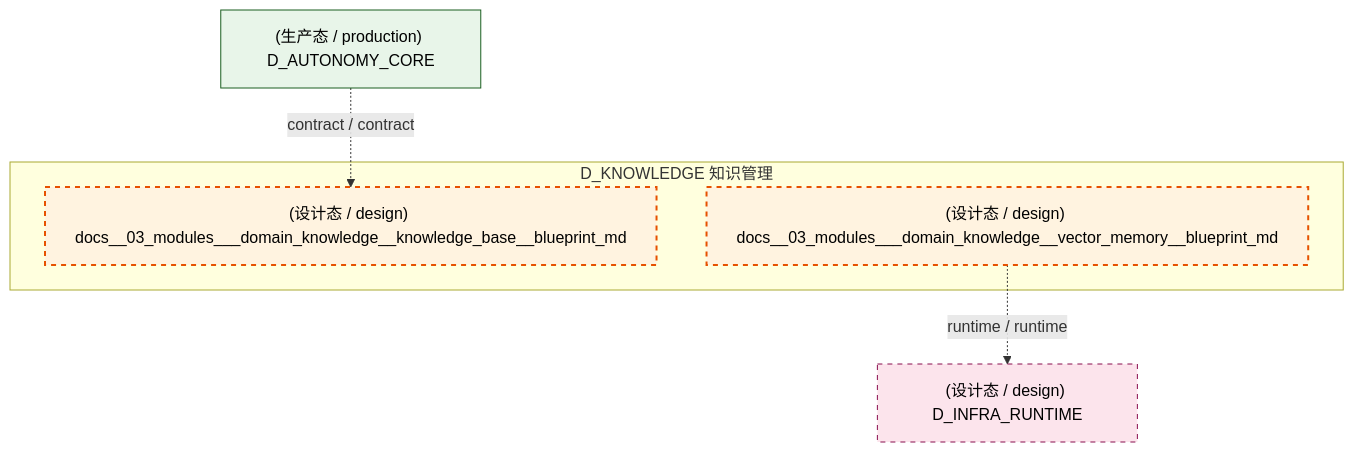
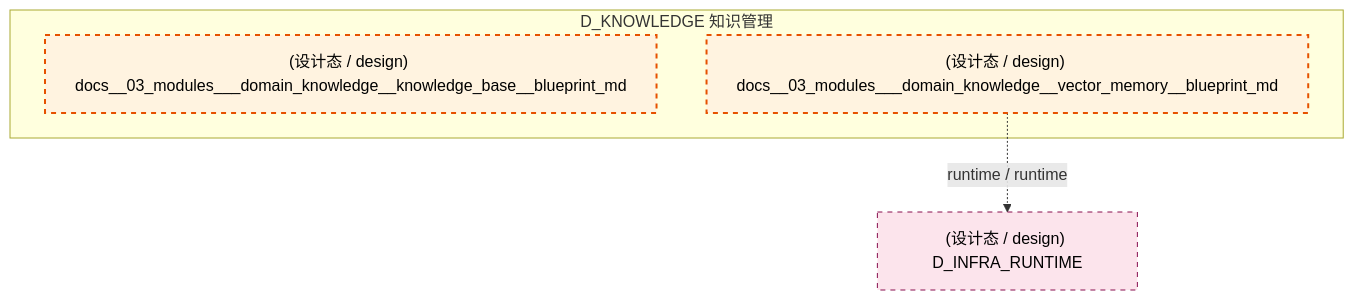
Before and after one commit to xuanFelixVan/ZephyrAlpha: the second of 4 diagrams in docs/02_enterprise_architecture/02_domain_architecture_docs/48_d_knowledge.md, drawn with Mermaid. The commit also changed other lines of this file and 103 other files, not shown here.

````diff
--- a/docs/02_enterprise_architecture/02_domain_architecture_docs/48_d_knowledge.md
+++ b/docs/02_enterprise_architecture/02_domain_architecture_docs/48_d_knowledge.md
@@ -102,18 +99,15 @@
 ```mermaid
 graph TD
     subgraph D_KNOWLEDGE["D_KNOWLEDGE 知识管理"]
         docs_03_modules_domain_knowledge_knowledge_base_blueprint_md["(设计态 / design) docs__03_modules___domain_knowledge__knowledge_base__blueprint_md"]
         docs_03_modules_domain_knowledge_vector_memory_blueprint_md["(设计态 / design) docs__03_modules___domain_knowledge__vector_memory__blueprint_md"]
     end
     D_INFRA_RUNTIME["(设计态 / design) D_INFRA_RUNTIME"]
     docs_03_modules_domain_knowledge_vector_memory_blueprint_md -.->|runtime / runtime| D_INFRA_RUNTIME
-    D_AUTONOMY_CORE["(生产态 / production) D_AUTONOMY_CORE"]
-    D_AUTONOMY_CORE -.->|contract / contract| docs_03_modules_domain_knowledge_knowledge_base_blueprint_md
     classDef production fill:#e1f5fe,stroke:#01579b,stroke-width:2px,color:#000
     classDef design fill:#fff3e0,stroke:#e65100,stroke-width:2px,color:#000,stroke-dasharray: 5 5
     classDef external_prod fill:#e8f5e9,stroke:#1b5e20,stroke-width:1px,color:#000
     classDef external_design fill:#fce4ec,stroke:#880e4f,stroke-width:1px,color:#000,stroke-dasharray: 5 5
     class docs_03_modules_domain_knowledge_knowledge_base_blueprint_md,docs_03_modules_domain_knowledge_vector_memory_blueprint_md design
-    class D_AUTONOMY_CORE external_prod
     class D_INFRA_RUNTIME external_design
 ```
````
